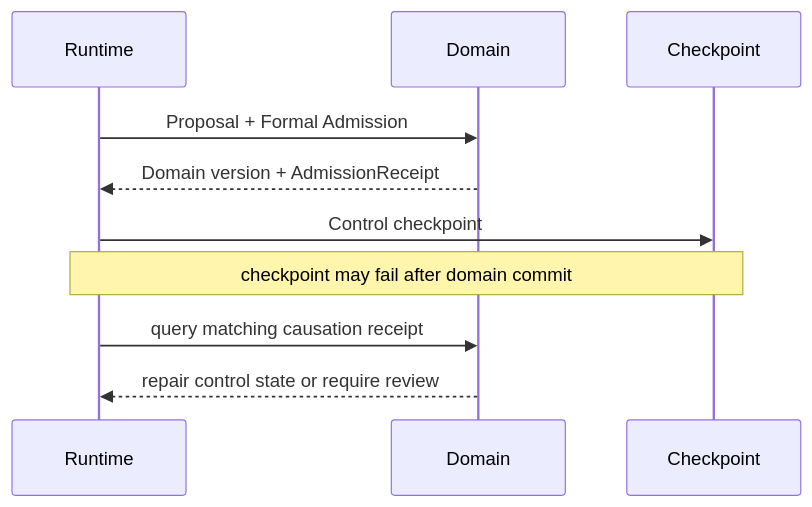
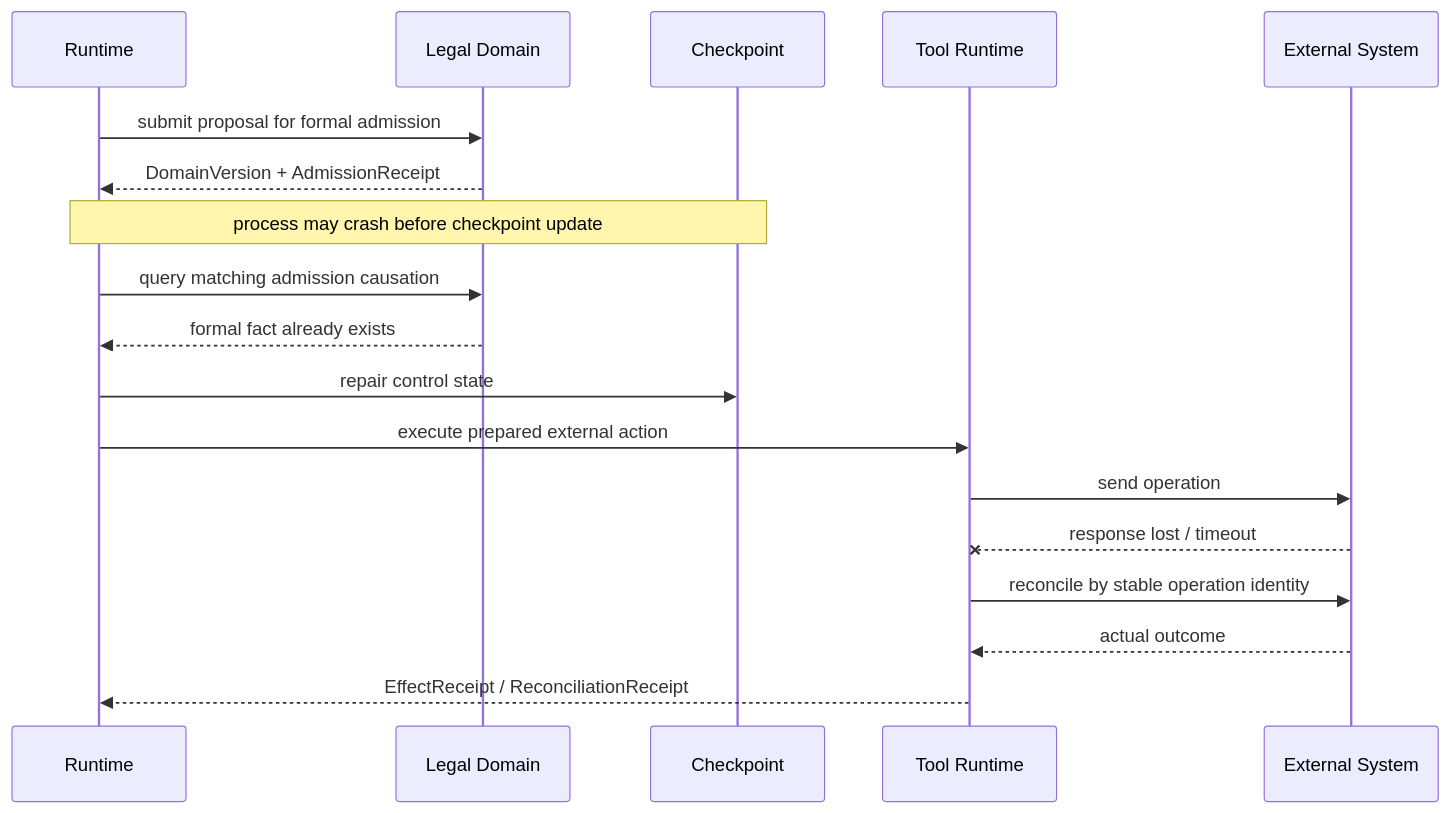
The fifth of 6 diagrams in docs/architecture/architecture-views.md (ProfessorZhi/Zuno), drawn with Mermaid before and after one commit. The commit also changed other lines of this file and 10 other files, not shown here.

First line of the commit message:
docs: rewrite overall architecture as conceptual target design

````diff
--- a/docs/architecture/architecture-views.md
+++ b/docs/architecture/architecture-views.md
@@ -187,12 +148,22 @@
 ```mermaid
 sequenceDiagram
   participant R as Runtime
-  participant D as Domain
+  participant D as Legal Domain
   participant C as Checkpoint
-  R->>D: Proposal + Formal Admission
-  D-->>R: Domain version + AdmissionReceipt
-  R->>C: Control checkpoint
-  Note over R,C: checkpoint may fail after domain commit
-  R->>D: query matching causation receipt
-  D-->>R: repair control state or require review
+  participant T as Tool Runtime
+  participant X as External System
+
+  R->>D: submit proposal for formal admission
+  D-->>R: DomainVersion + AdmissionReceipt
+  Note over R,C: process may crash before checkpoint update
+  R->>D: query matching admission causation
+  D-->>R: formal fact already exists
+  R->>C: repair control state
+
+  R->>T: execute prepared external action
+  T->>X: send operation
+  X--xT: response lost / timeout
+  T->>X: reconcile by stable operation identity
+  X-->>T: actual outcome
+  T-->>R: EffectReceipt / ReconciliationReceipt
 ```
````
